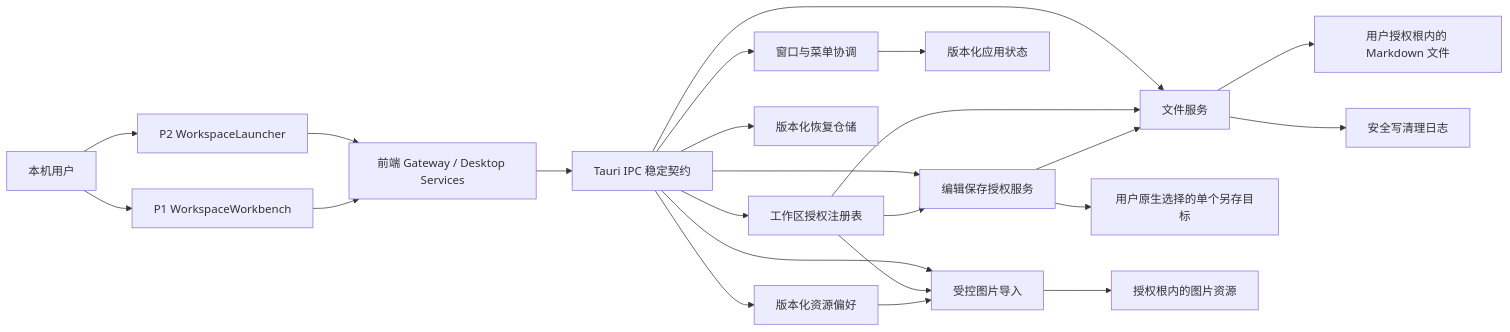
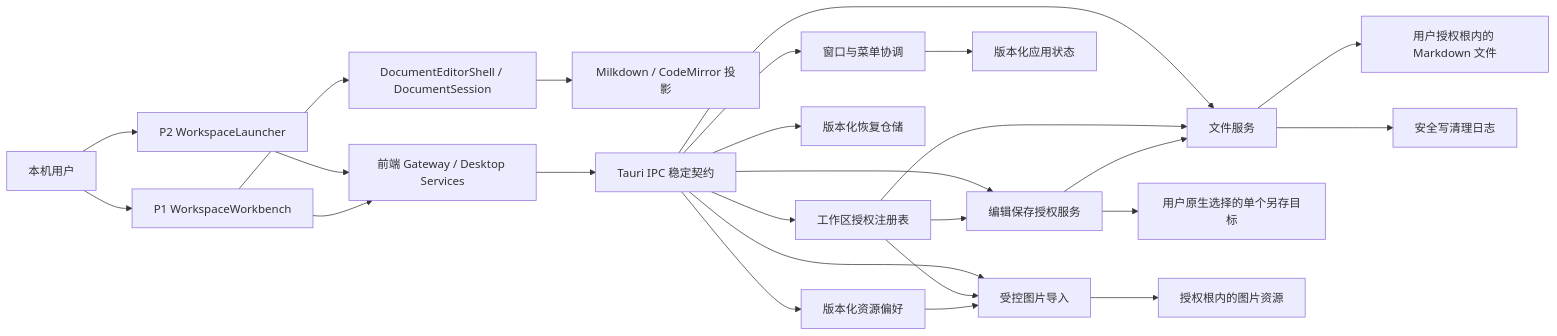
One commit to fulin-peng-ydxs/ai-markdown changed the diagram in agent-works/markdown-editor-desktop/architecture/desktop-foundation.md. Above: the diagram before and after it, drawn with Mermaid. The commit also changed other lines of this file and 29 other files, not shown here.

````diff
--- a/agent-works/markdown-editor-desktop/architecture/desktop-foundation.md
+++ b/agent-works/markdown-editor-desktop/architecture/desktop-foundation.md
@@ -11,25 +11,27 @@
 ```mermaid
 flowchart LR
     U["本机用户"] --> P2["P2 WorkspaceLauncher"]
     U --> P1["P1 WorkspaceWorkbench"]
+    P1 --> D["DocumentEditorShell / DocumentSession"]
+    D --> V["Milkdown / CodeMirror 投影"]
     P2 --> G["前端 Gateway / Desktop Services"]
     P1 --> G
     G --> IPC["Tauri IPC 稳定契约"]
     IPC --> W["窗口与菜单协调"]
     IPC --> A["工作区授权注册表"]
     IPC --> F["文件服务"]
     IPC --> E["编辑保存授权服务"]
     W --> S["版本化应用状态"]
     IPC --> R["版本化恢复仓储"]
     IPC --> P["版本化资源偏好"]
     IPC --> I["受控图片导入"]
     A --> F
     A --> E
     A --> I
     E --> F
     P --> I
     F --> M["用户授权根内的 Markdown 文件"]
     E --> C["用户原生选择的单个另存目标"]
     I --> B["授权根内的图片资源"]
     F --> J["安全写清理日志"]
 ```
````
